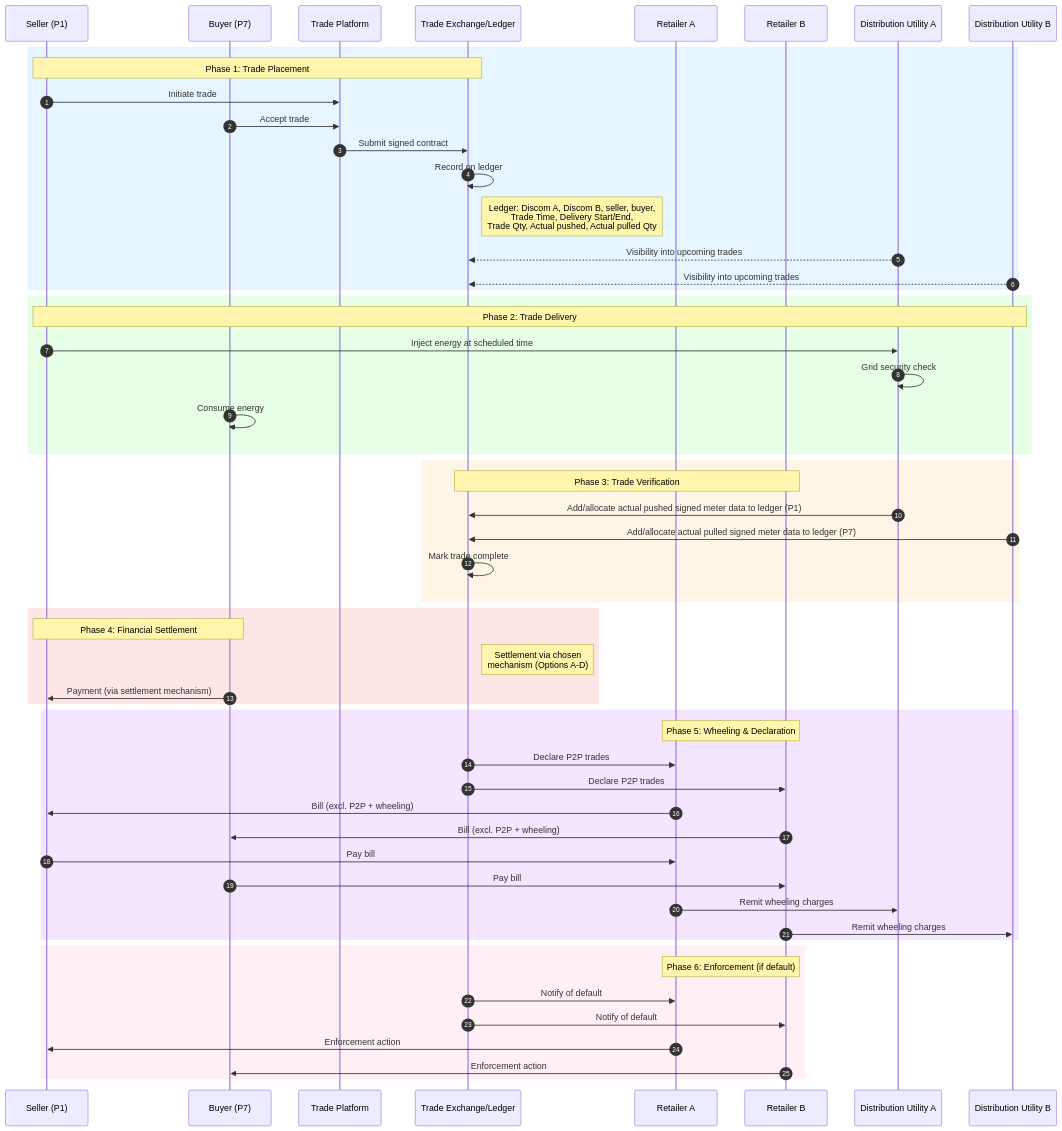
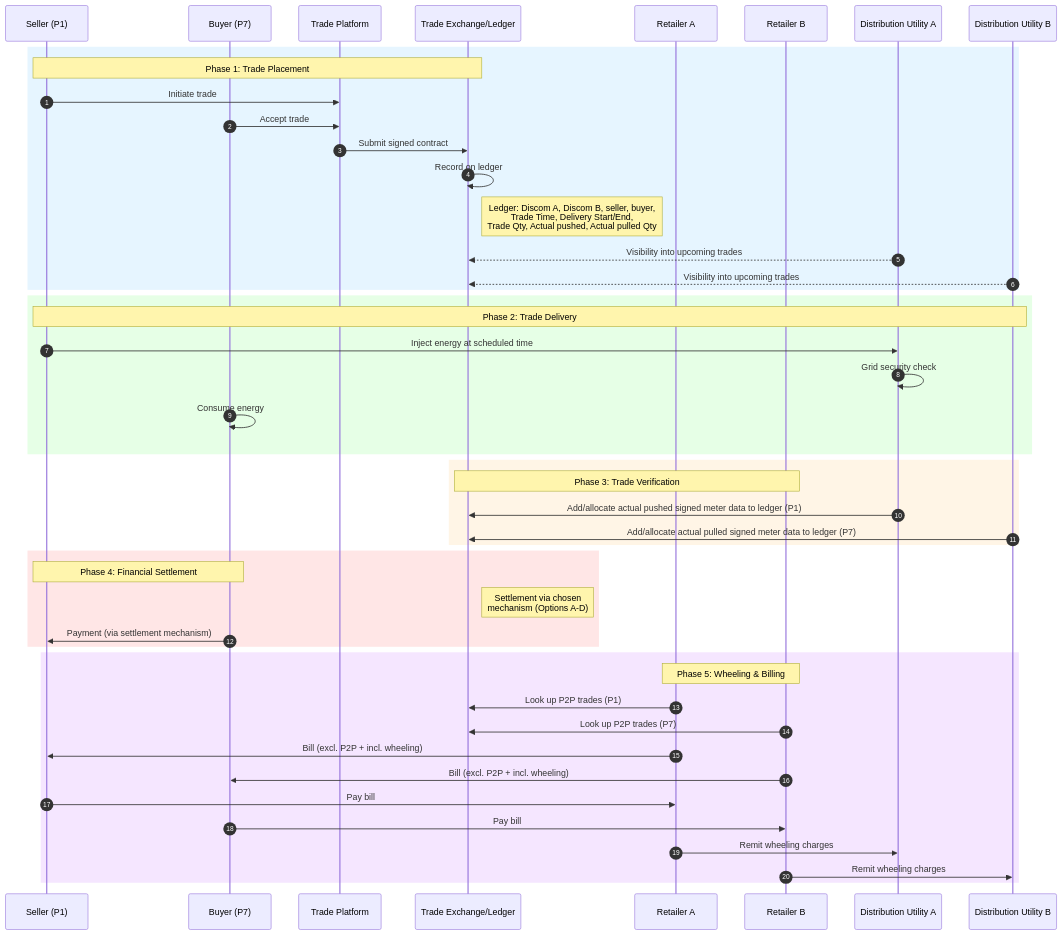
The first of 11 diagrams in docs/implementation-guides/v2/P2P_Trading/Inter_energy_retailer_P2P_trading_draft.md (Beckn-One/DEG), drawn with Mermaid before and after one commit. The commit also changed other lines of this file, not shown here.

````diff
--- a/docs/implementation-guides/v2/P2P_Trading/Inter_energy_retailer_P2P_trading_draft.md
+++ b/docs/implementation-guides/v2/P2P_Trading/Inter_energy_retailer_P2P_trading_draft.md
@@ -53,63 +53,54 @@
 ```mermaid
 sequenceDiagram
     autonumber
     participant S as Seller (P1)
     participant B as Buyer (P7)
     participant TP as Trade Platform
     participant TE as Trade Exchange/Ledger
     participant RA as Retailer A
     participant RB as Retailer B
     participant DU_A as Distribution Utility A
     participant DU_B as Distribution Utility B
 
     rect rgb(230, 245, 255)
     note over S,TE: Phase 1: Trade Placement
     S->>TP: Initiate trade
     B->>TP: Accept trade
     TP->>TE: Submit signed contract
     TE->>TE: Record on ledger
     Note right of TE: Ledger: Discom A, Discom B, seller, buyer, <br/>Trade Time, Delivery Start/End,<br/>Trade Qty, Actual pushed, Actual pulled Qty
     DU_A-->>TE: Visibility into upcoming trades
     DU_B-->>TE: Visibility into upcoming trades
     end
 
     rect rgb(230, 255, 230)
     note over S,DU_B: Phase 2: Trade Delivery
     S->>DU_A: Inject energy at scheduled time
     DU_A->>DU_A: Grid security check
     B->>B: Consume energy
     end
 
     rect rgb(255, 245, 230)
     note over TE,RB: Phase 3: Trade Verification
     DU_A->>TE: Add/allocate actual pushed signed meter data to ledger (P1)
     DU_B->>TE: Add/allocate actual pulled signed meter data to ledger (P7)
-    TE->>TE: Mark trade complete
     end
 
     rect rgb(255, 230, 230)
     note over S,B: Phase 4: Financial Settlement
     Note right of TE: Settlement via chosen<br/>mechanism (Options A-D)
     B->>S: Payment (via settlement mechanism)
     end
 
     rect rgb(245, 230, 255)
-    note over RA,RB: Phase 5: Wheeling & Declaration
-    TE->>RA: Declare P2P trades
-    TE->>RB: Declare P2P trades
-    RA->>S: Bill (excl. P2P + wheeling)
-    RB->>B: Bill (excl. P2P + wheeling)
+    note over RA,RB: Phase 5: Wheeling & Billing
+    RA->>TE: Look up P2P trades (P1)
+    RB->>TE: Look up P2P trades (P7)
+    RA->>S: Bill (excl. P2P + incl. wheeling)
+    RB->>B: Bill (excl. P2P + incl. wheeling)
     S->>RA: Pay bill
     B->>RB: Pay bill
     RA->>DU_A: Remit wheeling charges
     RB->>DU_B: Remit wheeling charges
     end
-
-    rect rgb(255, 240, 245)
-    note over RA,RB: Phase 6: Enforcement (if default)
-    TE->>RA: Notify of default
-    TE->>RB: Notify of default
-    RA->>S: Enforcement action
-    RB->>B: Enforcement action
-    end
 ```
````
